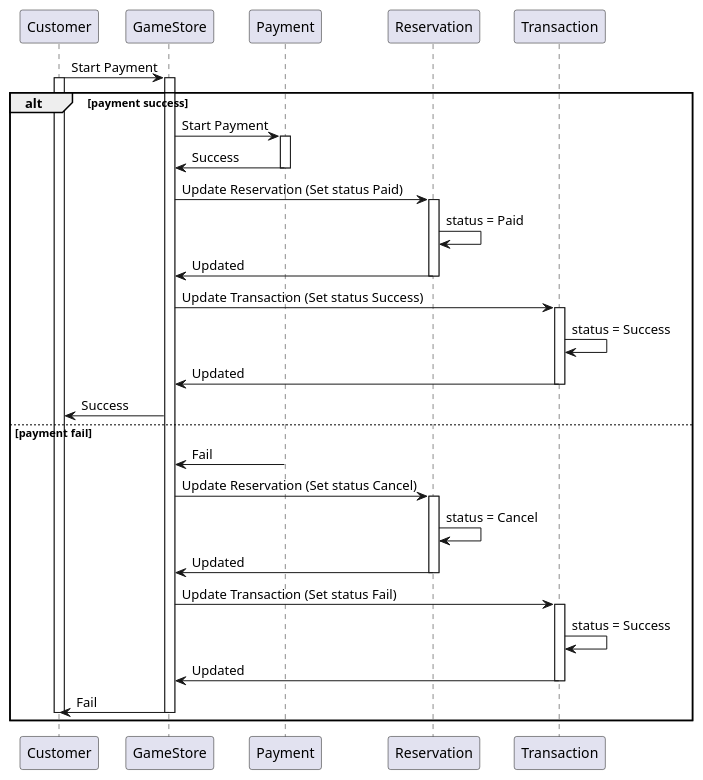
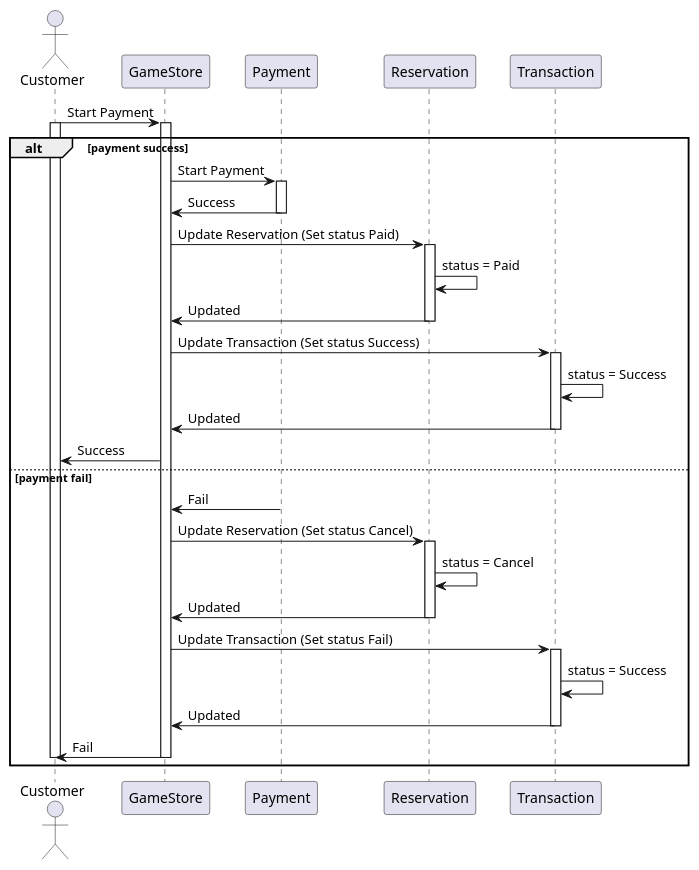
Before and after one commit to WaroonRagwongsiri/OOP: the diagram in Lab #8 sequence diagram/diagram/payment_booking.puml, drawn with PlantUML. The commit also changed 4 other files, not shown here.

```diff
--- a/Lab #8 sequence diagram/diagram/payment_booking.puml
+++ b/Lab #8 sequence diagram/diagram/payment_booking.puml
@@ -1,51 +1,53 @@
 @startuml PaymentBookingSequenceDiagram
+
+actor Customer
 
 Customer -> GameStore : Start Payment
 activate Customer
 activate GameStore
 
 alt payment success
 
 	GameStore -> Payment : Start Payment
 	activate Payment
 	Payment -> GameStore : Success
 	deactivate Payment
 
 	GameStore -> Reservation : Update Reservation (Set status Paid)
 	activate Reservation
 	Reservation -> Reservation : status = Paid
 	Reservation -> GameStore : Updated
 	deactivate Reservation
 
 	GameStore -> Transaction : Update Transaction (Set status Success)
 	activate Transaction
 	Transaction -> Transaction : status = Success
 	Transaction -> GameStore : Updated
 	deactivate Transaction
 
 	GameStore -> Customer : Success
 
 else payment fail
 
 	Payment -> GameStore : Fail
 
 	GameStore -> Reservation : Update Reservation (Set status Cancel)
 	activate Reservation
 	Reservation -> Reservation : status = Cancel
 	Reservation -> GameStore : Updated
 	deactivate Reservation
 
 	GameStore -> Transaction : Update Transaction (Set status Fail)
 	activate Transaction
 	Transaction -> Transaction : status = Success
 	Transaction -> GameStore : Updated
 	deactivate Transaction
 
 	GameStore -> Customer : Fail
 
 	deactivate GameStore
 	deactivate Customer
 
 end
 
 @enduml
```
